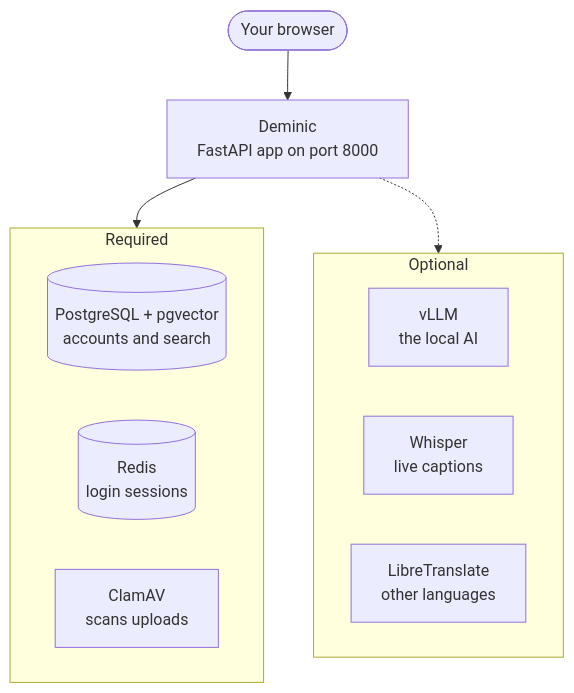
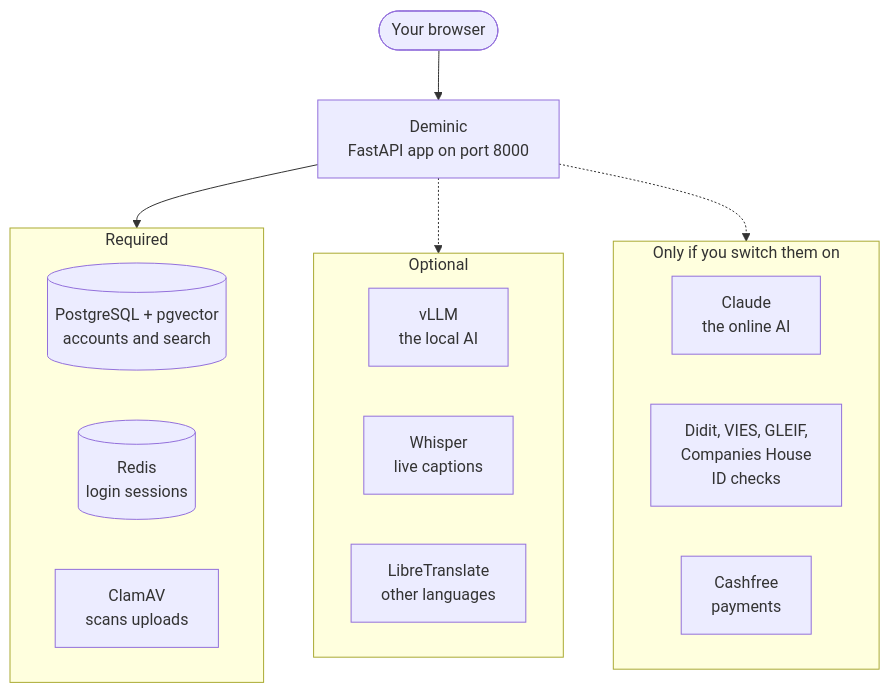
Before and after one commit to DHURJATI-JS/employee-management-system: the diagram in README.md, drawn with Mermaid. The commit also changed other lines of this file and 67 other files, not shown here.

First line of the commit message:
Version 2: API key handling, AI switch, ID checks and bug fixes

````diff
--- a/README.md
+++ b/README.md
@@ -213,16 +246,22 @@
 ```mermaid
 flowchart TB
     B([Your browser]) --> A[Deminic<br/>FastAPI app on port 8000]
     A --> Needed
     A -.-> Optional
     subgraph Needed [Required]
         P[(PostgreSQL + pgvector<br/>accounts and search)]
         R[(Redis<br/>login sessions)]
         C[ClamAV<br/>scans uploads]
     end
     subgraph Optional [Optional]
         V[vLLM<br/>the local AI]
         W[Whisper<br/>live captions]
         T[LibreTranslate<br/>other languages]
     end
+    A -.-> Outside
+    subgraph Outside [Only if you switch them on]
+        L[Claude<br/>the online AI]
+        D[Didit, VIES, GLEIF,<br/>Companies House<br/>ID checks]
+        F[Cashfree<br/>payments]
+    end
 ```
````
